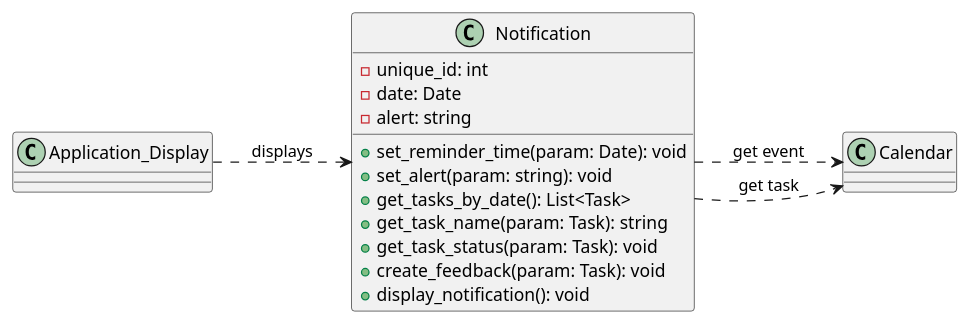
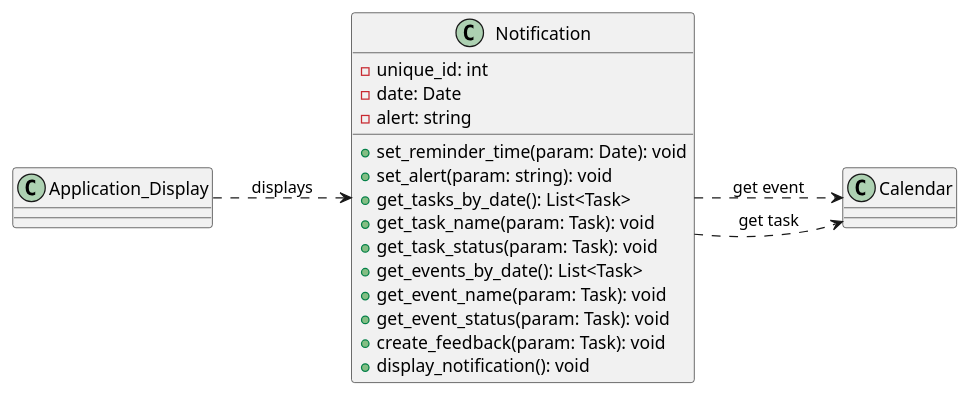
One commit to CS361-2024Fall-Term/Innovators changed the diagram in assignment6/notification.puml. Above: the diagram before and after it, drawn with PlantUML.

Commit message:
Update notification class to reflect class diagram changes

```diff
--- a/assignment6/notification.puml
+++ b/assignment6/notification.puml
@@ -1,23 +1,26 @@
 @startuml
 
 left to right direction
 
 class Notification {
   -unique_id: int  
   -date: Date
   -alert: string
   
   +set_reminder_time(param: Date): void
   +set_alert(param: string): void
   +get_tasks_by_date(): List<Task>
-  +get_task_name(param: Task): string
+  +get_task_name(param: Task): void
   +get_task_status(param: Task): void
+  +get_events_by_date(): List<Task>
+  +get_event_name(param: Task): void
+  +get_event_status(param: Task): void
   +create_feedback(param: Task): void
   +display_notification(): void
 }
 
 Application_Display ..> Notification : "displays"
 Notification ..> Calendar : "get event"
 Notification ..> Calendar : "get task"
 
 @enduml
```
